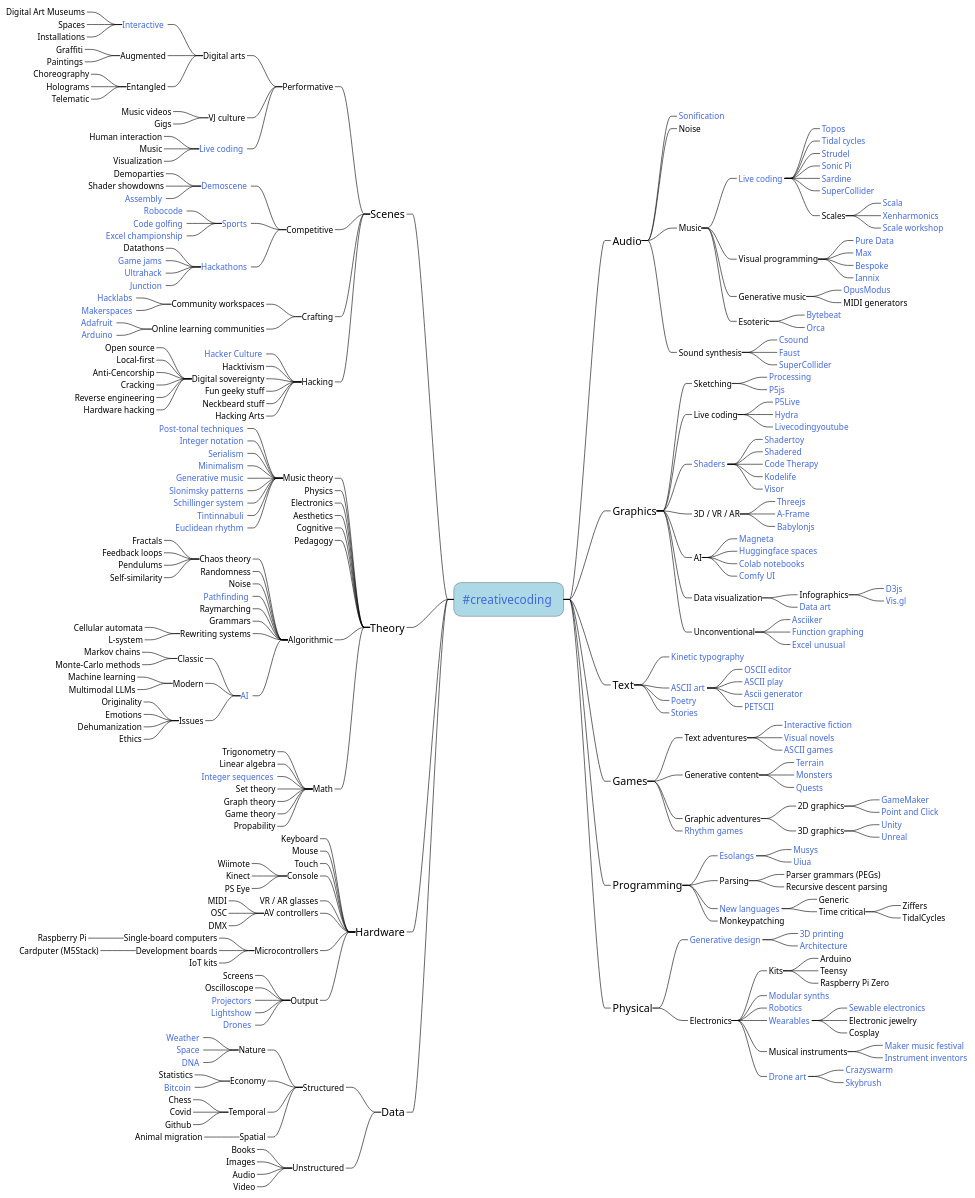
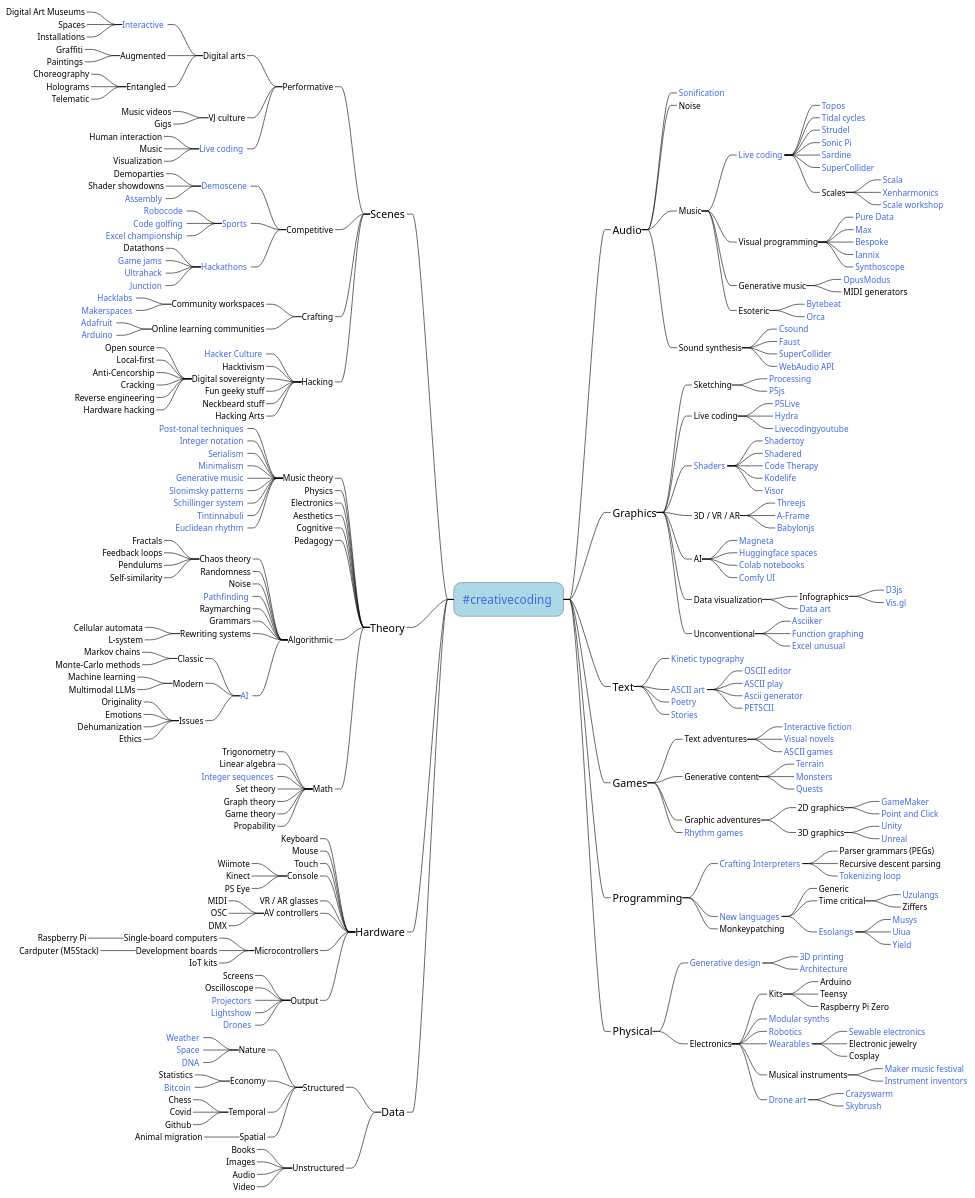
The diagram in mindmap.plantuml (amiika/creativecodingmindmap), drawn with PlantUML before and after one commit. The commit also changed 3 other files, not shown here.

```diff
--- a/mindmap.plantuml
+++ b/mindmap.plantuml
@@ -60,14 +60,18 @@
 ******_ [[https://www.huygens-fokker.org/scala/ Scala]] <<link>>
 ******_ [[https://en.xen.wiki/w/Main_Page Xenharmonics]] <<link>>
 ******_ [[https://scaleworkshop.plainsound.org Scale workshop]] <<link>>
+
 ****_ Visual programming
 *****_ [[https://puredata.info/ Pure Data]] <<link>>
 *****_ [[https://cycling74.com/products/max Max]] <<link>>
 *****_ [[https://www.bespokesynth.com/ Bespoke]] <<link>>
 *****_ [[https://www.iannix.org/en/whatisiannix/ Iannix]] <<link>>
+*****_ [[https://www.synthoscope.com Synthoscope]] <<link>>
+
 ****_ Generative music
 *****_ [[https://opusmodus.com/ OpusModus]] <<link>>
 *****_ MIDI generators
+
 ****_ Esoteric
 *****_ [[https://dollchan.net/bytebeat/ Bytebeat]] <<link>>
 *****_ [[https://hundredrabbits.itch.io/orca Orca]] <<link>>
@@ -76,6 +80,7 @@
 ****_ [[https://csound.com/ Csound]] <<link>>
 ****_ [[https://faust.grame.fr/ Faust]] <<link>>
 ****_ [[https://supercollider.github.io/ SuperCollider]] <<link>>
+****_ [[https://www.w3.org/TR/webaudio-1.1/ WebAudio API]] <<link>>
 
 **_ Graphics
 ***_ Sketching
@@ -141,17 +146,19 @@
 ***_ [[https://github.com/topics/rhythm-game Rhythm games]] <<link>>
 
 **_ Programming
-***_ [[https://esolangs.org/wiki/Main_Page Esolangs]] <<link>>
-****_ [[https://esolangs.org/wiki/MUSYS Musys]] <<link>>
-****_ [[https://www.uiua.org Uiua]] <<link>>
-***_ Parsing
+***_ [[https://craftinginterpreters.com Crafting Interpreters]] <<link>>
 ****_ Parser grammars (PEGs)
 ****_ Recursive descent parsing
+****_ [[https://ratfactor.com/forth/the_programming_language_that_writes_itself.html Tokenizing loop]] <<link>>
 ***_ [[https://eloquentjavascript.net/12_language.html New languages]] <<link>>
 ****_ Generic
 ****_ Time critical
+*****_ [[https://uzu.lurk.org/ Uzulangs]] <<link>>
 *****_ Ziffers
-*****_ TidalCycles
+****_ [[https://esolangs.org/wiki/Main_Page Esolangs]] <<link>>
+*****_ [[https://esolangs.org/wiki/MUSYS Musys]] <<link>>
+*****_ [[https://www.uiua.org Uiua]] <<link>>
+*****_ [[https://amiika.github.io/yield/ Yield]] <<link>>
 ***_ Monkeypatching
 
 **_ Physical
```
